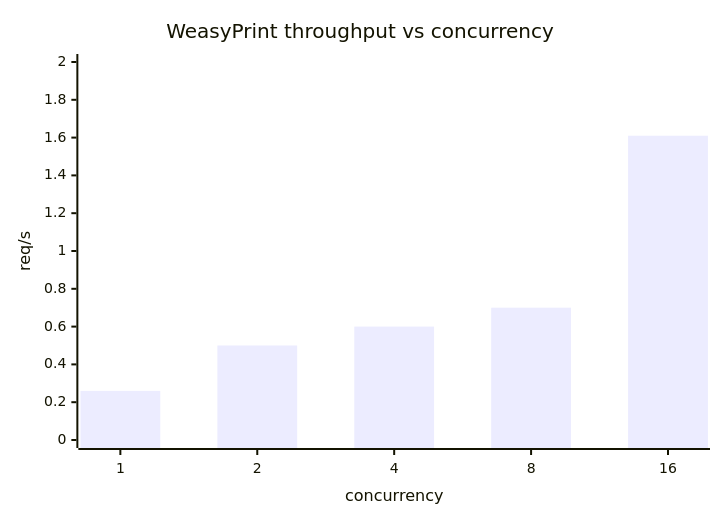
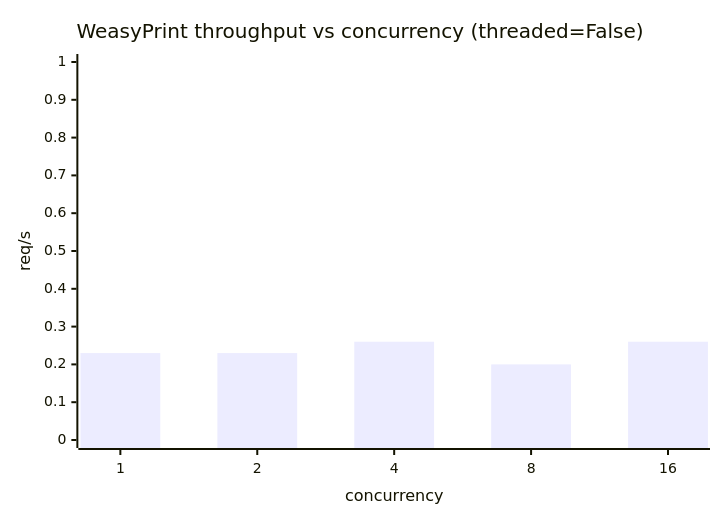
One commit to shlee-massive/html2pdf changed the second of 2 diagrams in reports/pdf-backend-benchmark-2026-05-26.md. Above: the diagram before and after it, drawn with Mermaid. The commit also changed other lines of this file and 1 other file, not shown here.

````diff
--- a/reports/pdf-backend-benchmark-2026-05-26.md
+++ b/reports/pdf-backend-benchmark-2026-05-26.md
@@ -122,7 +122,7 @@
 ```mermaid
 xychart-beta
-    title "WeasyPrint throughput vs concurrency"
+    title "WeasyPrint throughput vs concurrency (threaded=False)"
     x-axis "concurrency" [1, 2, 4, 8, 16]
-    y-axis "req/s" 0 --> 2
-    bar [0.26, 0.50, 0.60, 0.70, 1.61]
+    y-axis "req/s" 0 --> 1
+    bar [0.23, 0.23, 0.26, 0.20, 0.26]
 ```
````
